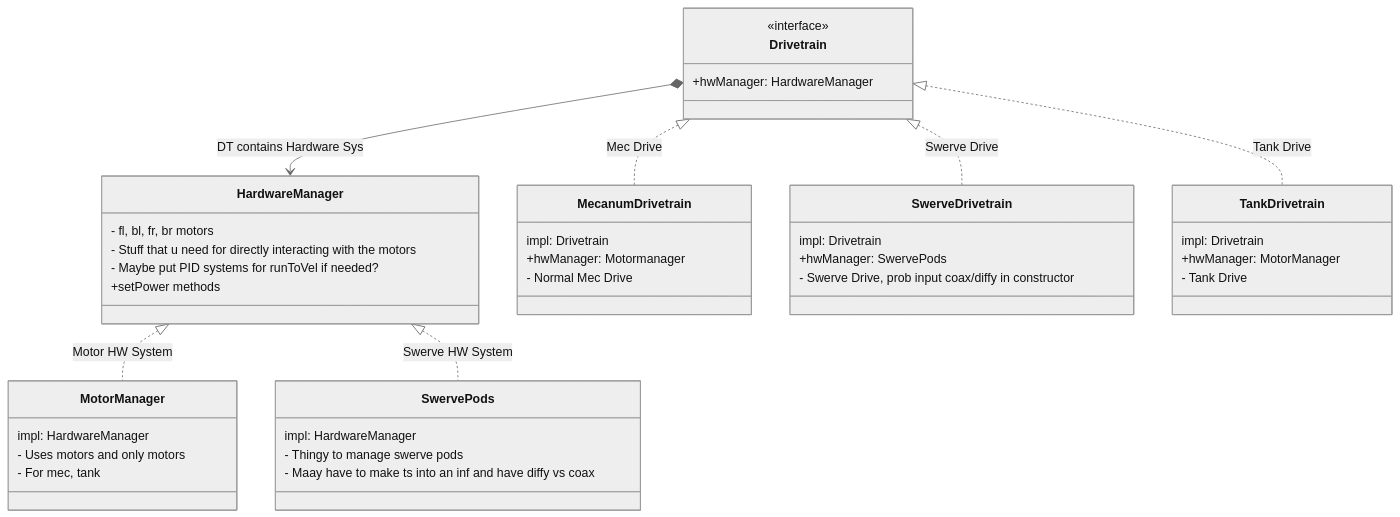
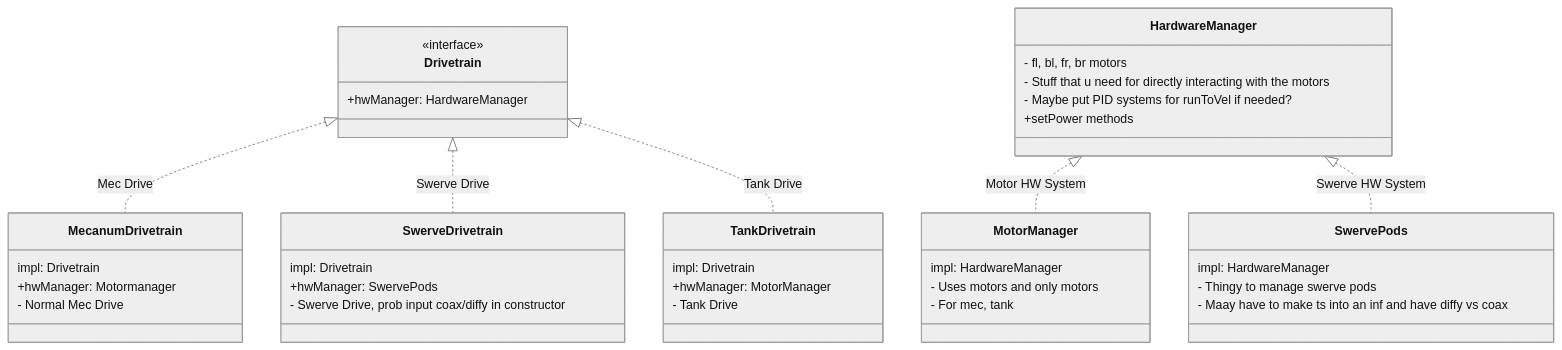
Before and after one commit to AchintyaAkula/MooseX: the diagram in TeamCode/ARCHITECTURE.md, drawn with Mermaid (neutral theme).

Commit message:
Remove HardwareManager association with Drivetrain
Removed the association between HardwareManager and Drivetrain.

````diff
--- a/TeamCode/ARCHITECTURE.md
+++ b/TeamCode/ARCHITECTURE.md
@@ -4,46 +4,45 @@
 ```mermaid
 classDiagram
     class Drivetrain {
         <<interface>>
         +hwManager: HardwareManager
     }
     class HardwareManager {
         - fl, bl, fr, br motors
         - Stuff that u need for directly interacting with the motors
         - Maybe put PID systems for runToVel if needed?
         +setPower methods
     }
     class MotorManager {
         impl: HardwareManager
         - Uses motors and only motors
         - For mec, tank
     }
     class MecanumDrivetrain {
         impl: Drivetrain
         +hwManager: Motormanager
         - Normal Mec Drive
     }
     class SwerveDrivetrain {
         impl: Drivetrain
         +hwManager: SwervePods
         - Swerve Drive, prob input coax/diffy in constructor
     }
     class SwervePods {
         impl: HardwareManager
         - Thingy to manage swerve pods
         - Maay have to make ts into an inf and have diffy vs coax
     }
     class TankDrivetrain {
         impl: Drivetrain
         +hwManager: MotorManager
         - Tank Drive
     }
 
     Drivetrain <|.. MecanumDrivetrain : Mec Drive
     Drivetrain <|.. SwerveDrivetrain : Swerve Drive
     HardwareManager <|.. MotorManager : Motor HW System
     HardwareManager <|.. SwervePods : Swerve HW System
     Drivetrain <|.. TankDrivetrain : Tank Drive
-    Drivetrain *--> HardwareManager : DT contains Hardware Sys
     
 ```
````
